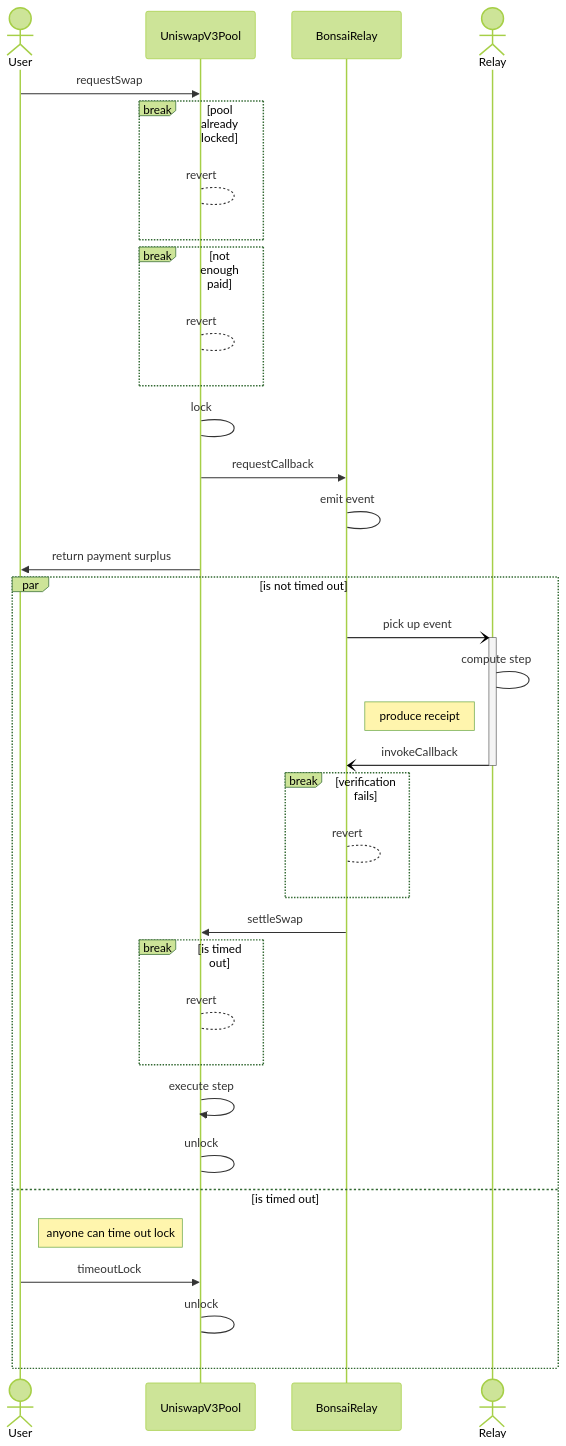
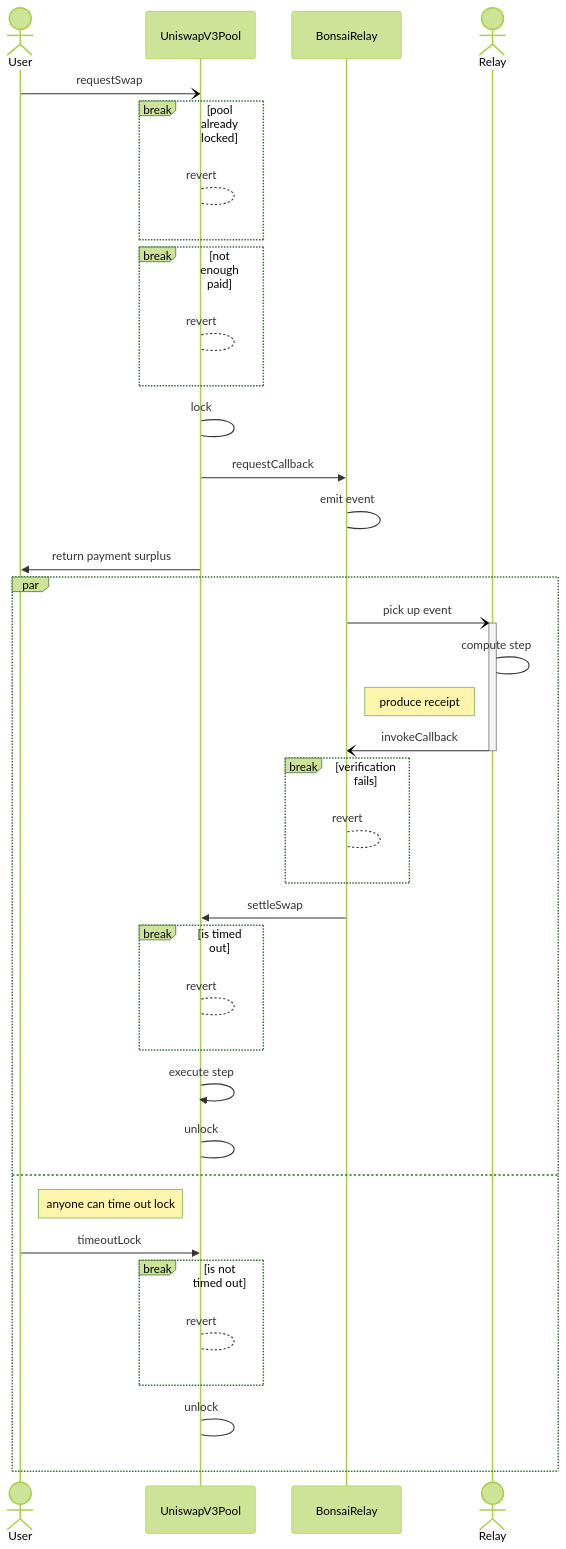
The diagram in README.md (0xfuturistic/zkUniswap), drawn with Mermaid (forest theme) before and after one commit.

Commit message:
minor improvements to diagram

````diff
--- a/README.md
+++ b/README.md
@@ -94,38 +94,41 @@
 ```mermaid
 sequenceDiagram
 		actor User
 		participant UniswapV3Pool
 		participant BonsaiRelay
 		actor Relay
 
-		User->>UniswapV3Pool: requestSwap
+		User-)UniswapV3Pool: requestSwap
 		break pool already locked
 			UniswapV3Pool-->UniswapV3Pool: revert
 		end
 		break not enough paid
 			UniswapV3Pool-->UniswapV3Pool: revert
 		end
 		UniswapV3Pool->UniswapV3Pool: lock
 		UniswapV3Pool->>BonsaiRelay: requestCallback
 		BonsaiRelay->BonsaiRelay: emit event
 		UniswapV3Pool->>User: return payment surplus
-		par is not timed out
+		par
 		BonsaiRelay-)+Relay: pick up event
 		Relay->Relay: compute step
 		note left of Relay: produce receipt
 		Relay-)-BonsaiRelay: invokeCallback
 		break verification fails
 			BonsaiRelay-->BonsaiRelay: revert
 		end
 		BonsaiRelay->>UniswapV3Pool: settleSwap
 		break is timed out
 				UniswapV3Pool-->UniswapV3Pool: revert
 		end
 		UniswapV3Pool->>UniswapV3Pool: execute step
 		UniswapV3Pool->UniswapV3Pool: unlock
-		and is timed out
+		and
 			note right of User: anyone can time out lock
 			User->>UniswapV3Pool: timeoutLock
+			break is not timed out
+					UniswapV3Pool-->UniswapV3Pool: revert
+			end
 			UniswapV3Pool->UniswapV3Pool: unlock
 		end
 ```
````
